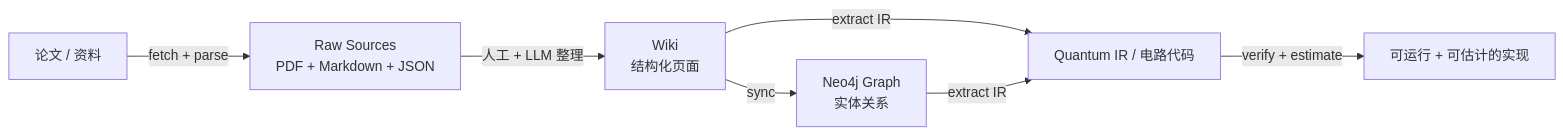
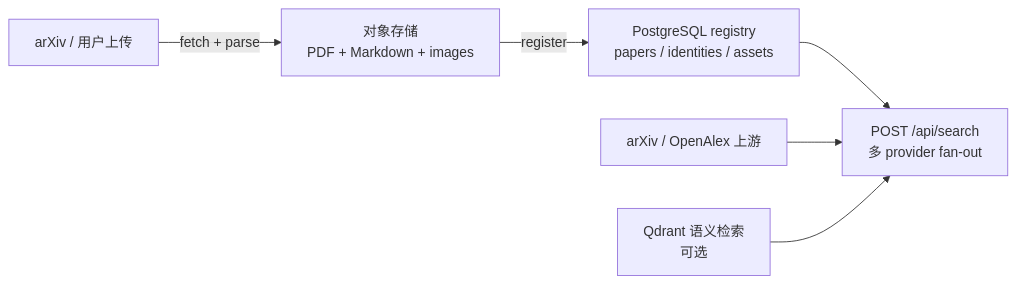
The diagram in docs/index.md (IAI-USTC-Quantum/QuantumAtlas), drawn with Mermaid before and after one commit. The commit also changed other lines of this file and 378 other files, not shown here.

First line of the commit message:
refactor: reposition to paper registry + search; admin plugin/DB pages; complete CLI/search split

````diff
--- a/docs/index.md
+++ b/docs/index.md
@@ -11,8 +11,7 @@
 ```mermaid
 flowchart LR
-    A[论文 / 资料] -->|fetch + parse| R[Raw Sources<br/>PDF + Markdown + JSON]
-    R -->|人工 + LLM 整理| W[Wiki<br/>结构化页面]
-    W -->|sync| G[Neo4j Graph<br/>实体关系]
-    W & G -->|extract IR| C[Quantum IR / 电路代码]
-    C -->|verify + estimate| O[可运行 + 可估计的实现]
+    A[arXiv / 用户上传] -->|fetch + parse| R[对象存储<br/>PDF + Markdown + images]
+    R -->|register| P[PostgreSQL registry<br/>papers / identities / assets]
+    P & U[arXiv / OpenAlex 上游] --> S[POST /api/search<br/>多 provider fan-out]
+    Q[Qdrant 语义检索<br/>可选] --> S
 ```
````
